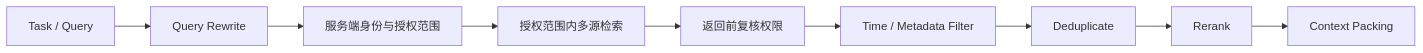
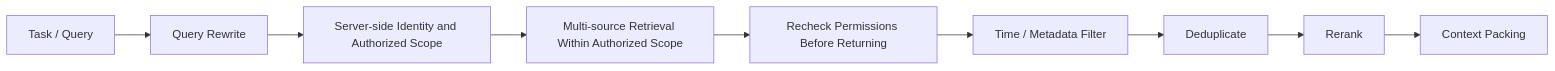
Before and after one commit to oneleaveknowsthefall/awesome-ai-roadmap: the ninth of 15 diagrams in docs/agent/03-memory-context/07-agent-memory.md, drawn with Mermaid. The commit also changed other lines of this file and 68 other files, not shown here.

````diff
--- a/docs/agent/03-memory-context/07-agent-memory.md
+++ b/docs/agent/03-memory-context/07-agent-memory.md
@@ -539,11 +539,11 @@
 ```mermaid
 flowchart LR
     Q[Task / Query] --> QR[Query Rewrite]
-    QR --> SCOPE[服务端身份与授权范围]
-    SCOPE --> MR[授权范围内多源检索]
-    MR --> ACL[返回前复核权限]
+    QR --> SCOPE[Server-side Identity and Authorized Scope]
+    SCOPE --> MR[Multi-source Retrieval Within Authorized Scope]
+    MR --> ACL[Recheck Permissions Before Returning]
     ACL --> TF[Time / Metadata Filter]
     TF --> DD[Deduplicate]
     DD --> RR[Rerank]
     RR --> PACK[Context Packing]
 ```
````
